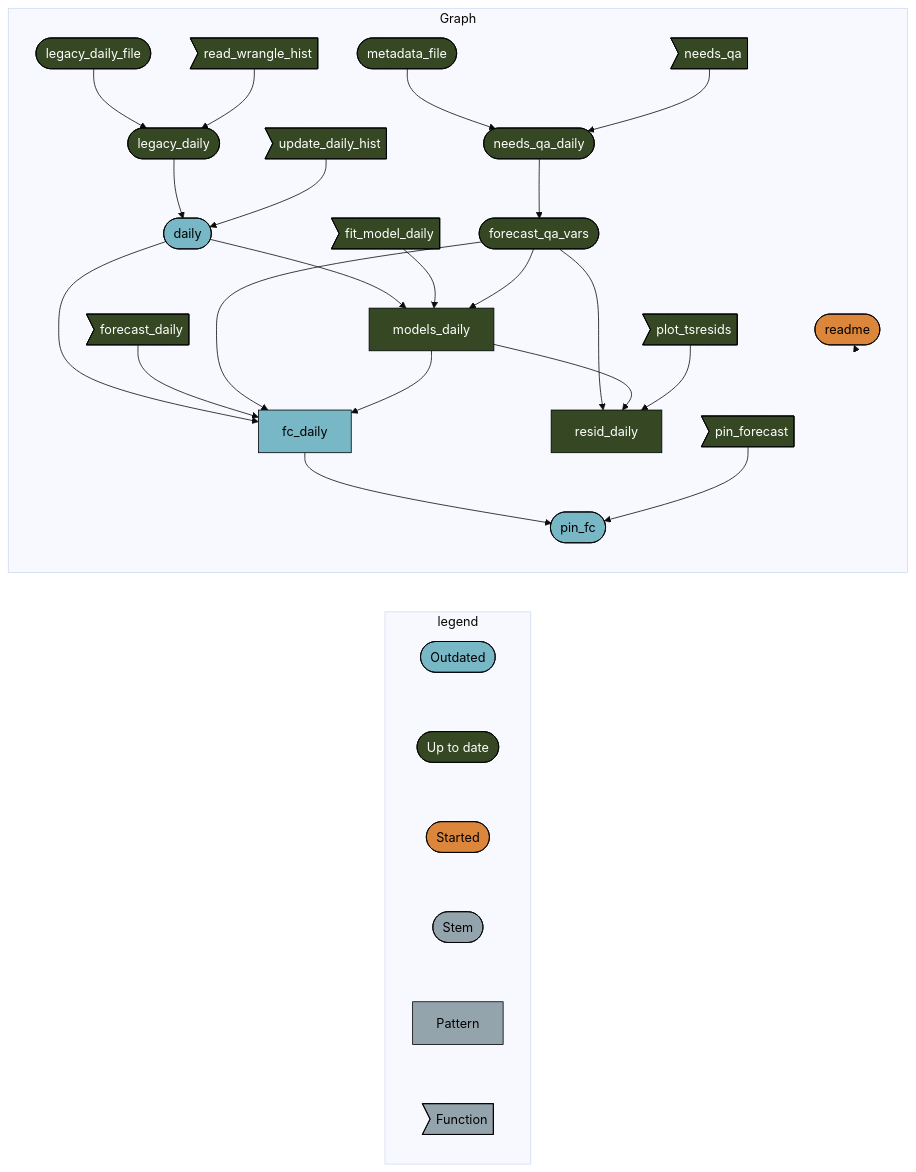
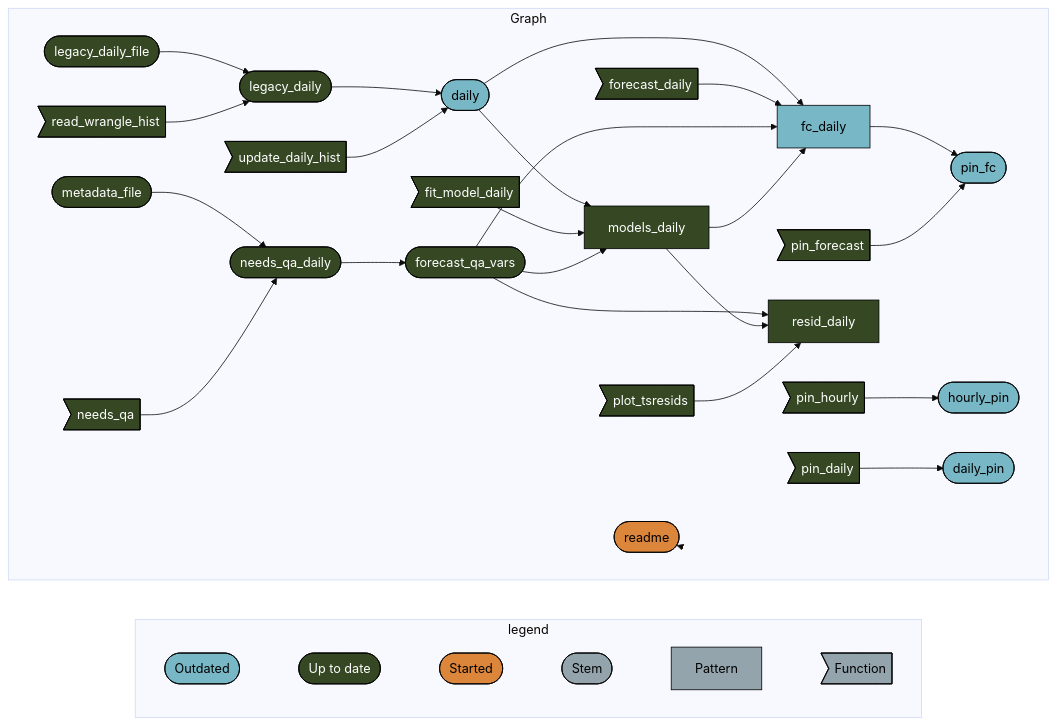
Before and after one commit to uace-azmet/azmet-forecast-qa: the diagram in README.md, drawn with Mermaid (base theme). The commit also changed other lines of this file and 29 other files, not shown here.

````diff
--- a/README.md
+++ b/README.md
@@ -57,42 +56,46 @@
 ``` mermaid
 graph LR
   subgraph legend
+    direction LR
     x0a52b03877696646([""Outdated""]):::outdated --- x7420bd9270f8d27d([""Up to date""]):::uptodate
     x7420bd9270f8d27d([""Up to date""]):::uptodate --- x5b3426b4c7fa7dbc([""Started""]):::started
     x5b3426b4c7fa7dbc([""Started""]):::started --- xbf4603d6c2c2ad6b([""Stem""]):::none
     xbf4603d6c2c2ad6b([""Stem""]):::none --- x70a5fa6bea6f298d[""Pattern""]:::none
     x70a5fa6bea6f298d[""Pattern""]:::none --- xf0bce276fe2b9d3e>""Function""]:::none
   end
   subgraph Graph
+    direction LR
+    x1920bdb737e11d2e(["legacy_daily_file"]):::uptodate --> xff9b736edef41c8b(["legacy_daily"]):::uptodate
+    x842666df821db265>"read_wrangle_hist"]:::uptodate --> xff9b736edef41c8b(["legacy_daily"]):::uptodate
+    xdd96ec4b0bb5ab6b["fc_daily"]:::outdated --> x8f5c47b9b7da7e75(["pin_fc"]):::outdated
+    x82c22abbb211b5ee>"pin_forecast"]:::uptodate --> x8f5c47b9b7da7e75(["pin_fc"]):::outdated
+    x6233d5fdb54d5242(["daily"]):::outdated --> x4d3c4dcfeadc796d["models_daily"]:::uptodate
+    x1f5572089e80d919>"fit_model_daily"]:::uptodate --> x4d3c4dcfeadc796d["models_daily"]:::uptodate
+    x601d3b0e7d261371(["forecast_qa_vars"]):::uptodate --> x4d3c4dcfeadc796d["models_daily"]:::uptodate
+    x601d3b0e7d261371(["forecast_qa_vars"]):::uptodate --> x0bb4ecca77d3d4a0["resid_daily"]:::uptodate
+    x4d3c4dcfeadc796d["models_daily"]:::uptodate --> x0bb4ecca77d3d4a0["resid_daily"]:::uptodate
+    x10e889bcd8b0fd60>"plot_tsresids"]:::uptodate --> x0bb4ecca77d3d4a0["resid_daily"]:::uptodate
+    xdfae9ea4e5207cef(["needs_qa_daily"]):::uptodate --> x601d3b0e7d261371(["forecast_qa_vars"]):::uptodate
     x3d7b2a2ab5636113(["metadata_file"]):::uptodate --> xdfae9ea4e5207cef(["needs_qa_daily"]):::uptodate
     x06ab7116eed66f15>"needs_qa"]:::uptodate --> xdfae9ea4e5207cef(["needs_qa_daily"]):::uptodate
-    xdfae9ea4e5207cef(["needs_qa_daily"]):::uptodate --> x601d3b0e7d261371(["forecast_qa_vars"]):::uptodate
-    x1920bdb737e11d2e(["legacy_daily_file"]):::uptodate --> xff9b736edef41c8b(["legacy_daily"]):::uptodate
-    x842666df821db265>"read_wrangle_hist"]:::uptodate --> xff9b736edef41c8b(["legacy_daily"]):::uptodate
     x6233d5fdb54d5242(["daily"]):::outdated --> xdd96ec4b0bb5ab6b["fc_daily"]:::outdated
     x4bc7352f98499683>"forecast_daily"]:::uptodate --> xdd96ec4b0bb5ab6b["fc_daily"]:::outdated
     x601d3b0e7d261371(["forecast_qa_vars"]):::uptodate --> xdd96ec4b0bb5ab6b["fc_daily"]:::outdated
     x4d3c4dcfeadc796d["models_daily"]:::uptodate --> xdd96ec4b0bb5ab6b["fc_daily"]:::outdated
-    x601d3b0e7d261371(["forecast_qa_vars"]):::uptodate --> x0bb4ecca77d3d4a0["resid_daily"]:::uptodate
-    x4d3c4dcfeadc796d["models_daily"]:::uptodate --> x0bb4ecca77d3d4a0["resid_daily"]:::uptodate
-    x10e889bcd8b0fd60>"plot_tsresids"]:::uptodate --> x0bb4ecca77d3d4a0["resid_daily"]:::uptodate
-    x6233d5fdb54d5242(["daily"]):::outdated --> x4d3c4dcfeadc796d["models_daily"]:::uptodate
-    x1f5572089e80d919>"fit_model_daily"]:::uptodate --> x4d3c4dcfeadc796d["models_daily"]:::uptodate
-    x601d3b0e7d261371(["forecast_qa_vars"]):::uptodate --> x4d3c4dcfeadc796d["models_daily"]:::uptodate
-    xdd96ec4b0bb5ab6b["fc_daily"]:::outdated --> x8f5c47b9b7da7e75(["pin_fc"]):::outdated
-    x82c22abbb211b5ee>"pin_forecast"]:::uptodate --> x8f5c47b9b7da7e75(["pin_fc"]):::outdated
+    x077876839e5cc13d>"pin_hourly"]:::uptodate --> x35480c72297980cb(["hourly_pin"]):::outdated
+    x77849b39697a3636>"pin_daily"]:::uptodate --> xfdd8393239dc060b(["daily_pin"]):::outdated
     xff9b736edef41c8b(["legacy_daily"]):::uptodate --> x6233d5fdb54d5242(["daily"]):::outdated
     x8b3096a190996662>"update_daily_hist"]:::uptodate --> x6233d5fdb54d5242(["daily"]):::outdated
     x6e52cb0f1668cc22(["readme"]):::started --> x6e52cb0f1668cc22(["readme"]):::started
   end
   classDef outdated stroke:#000000,color:#000000,fill:#78B7C5;
   classDef uptodate stroke:#000000,color:#ffffff,fill:#354823;
   classDef started stroke:#000000,color:#000000,fill:#DC863B;
   classDef none stroke:#000000,color:#000000,fill:#94a4ac;
   linkStyle 0 stroke-width:0px;
   linkStyle 1 stroke-width:0px;
   linkStyle 2 stroke-width:0px;
   linkStyle 3 stroke-width:0px;
   linkStyle 4 stroke-width:0px;
-  linkStyle 24 stroke-width:0px;
+  linkStyle 26 stroke-width:0px;
 ```
````
